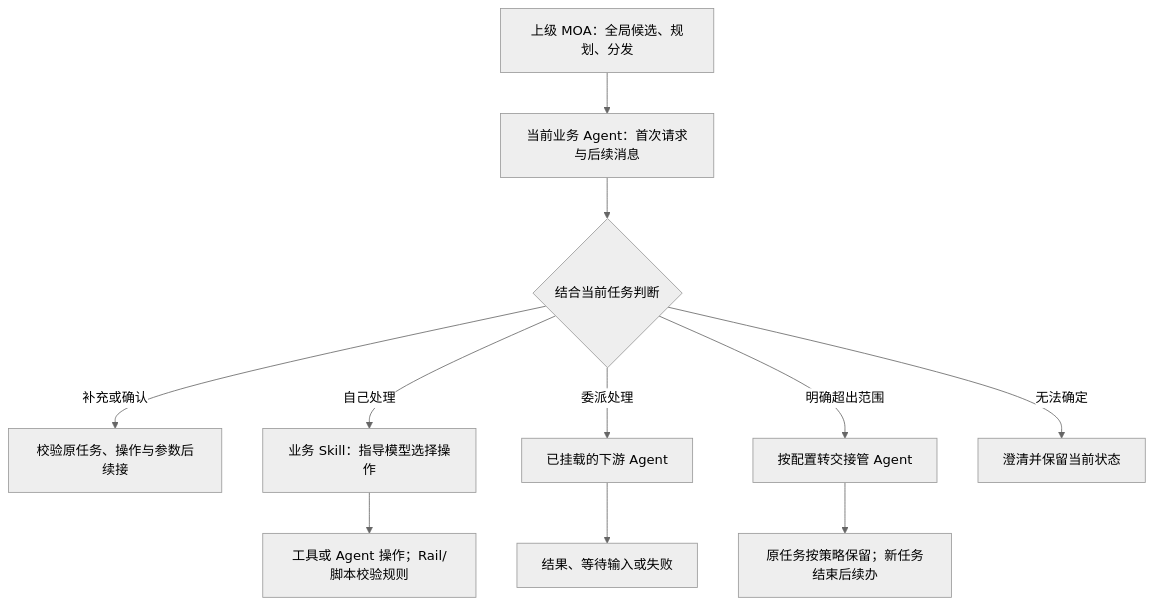
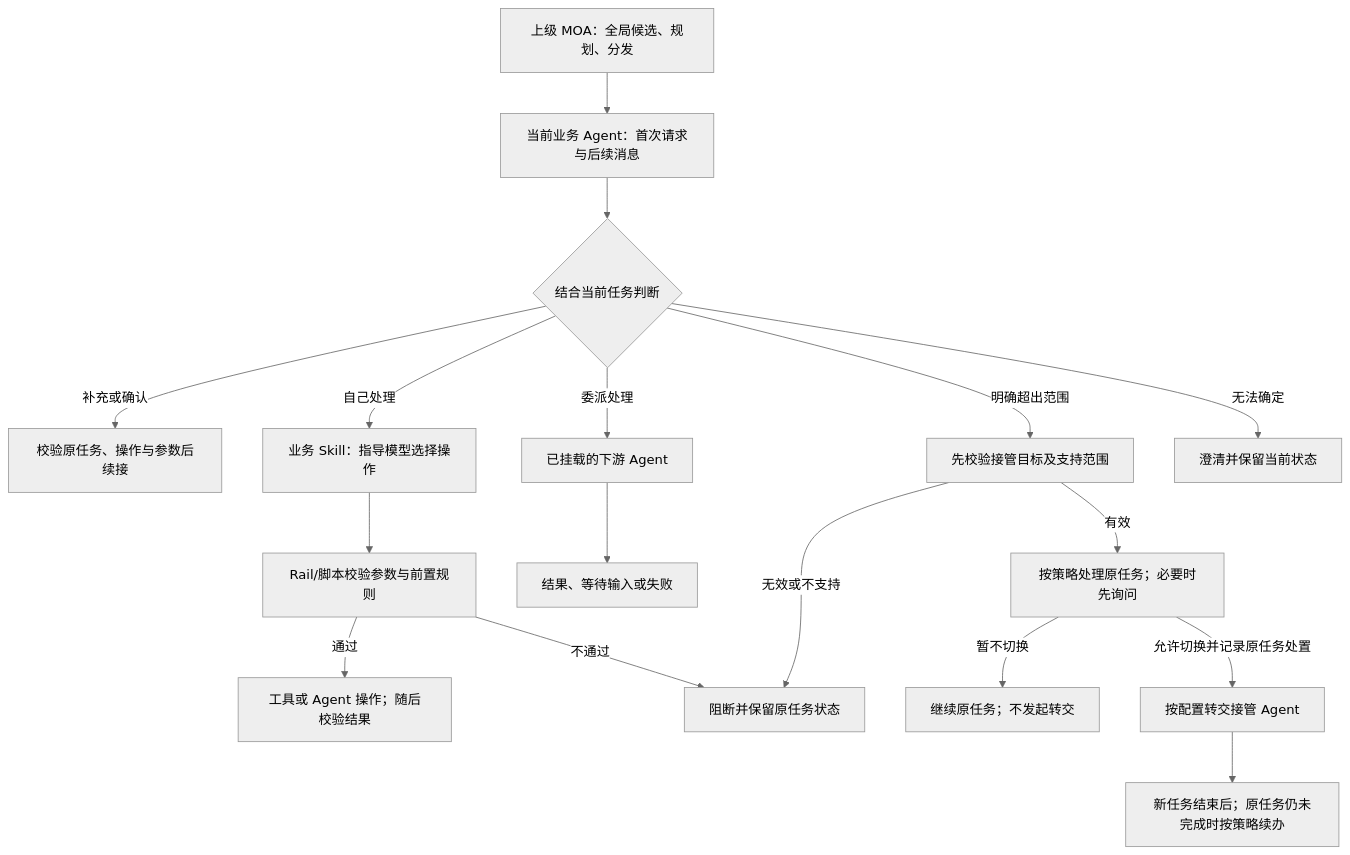
Before and after one commit to Vincenttao/agent-builder-java: the diagram in docs/MOA业务Agent分层与转交规则分析.md, drawn with Mermaid (neutral theme). The commit also changed other lines of this file and 3 other files, not shown here.

````diff
--- a/docs/MOA业务Agent分层与转交规则分析.md
+++ b/docs/MOA业务Agent分层与转交规则分析.md
@@ -13,13 +13,19 @@
 ```mermaid
 flowchart TD
   P[上级 MOA：全局候选、规划、分发] --> B[当前业务 Agent：首次请求与后续消息]
   B --> C{结合当前任务判断}
   C -->|补充或确认| R[校验原任务、操作与参数后续接]
   C -->|自己处理| S[业务 Skill：指导模型选择操作]
   C -->|委派处理| A[已挂载的下游 Agent]
-  C -->|明确超出范围| U[按配置转交接管 Agent]
-  U --> TQ[原任务按策略保留；新任务结束后续办]
+  C -->|明确超出范围| HT[先校验接管目标及支持范围]
+  HT -->|无效或不支持| ERR[阻断并保留原任务状态]
+  HT -->|有效| HP[按策略处理原任务；必要时先询问]
+  HP -->|暂不切换| K[继续原任务；不发起转交]
+  HP -->|允许切换并记录原任务处置| U[按配置转交接管 Agent]
+  U --> TQ[新任务结束后；原任务仍未完成时按策略续办]
   C -->|无法确定| Q[澄清并保留当前状态]
-  S --> T[工具或 Agent 操作；Rail/脚本校验规则]
+  S --> G[Rail/脚本校验参数与前置规则]
+  G -->|通过| T[工具或 Agent 操作；随后校验结果]
+  G -->|不通过| ERR
   A --> W[结果、等待输入或失败]
 ```
````
